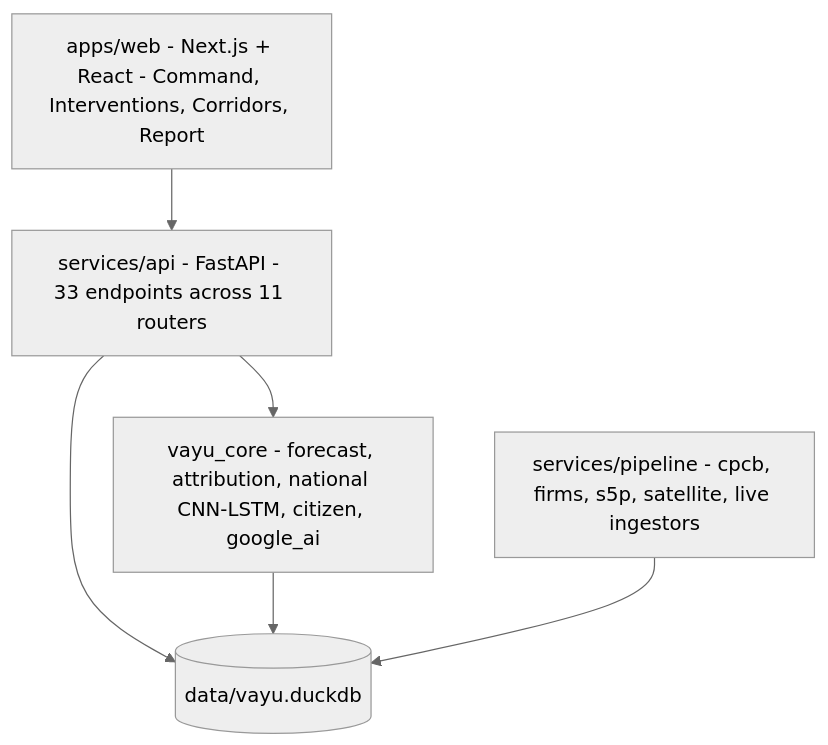
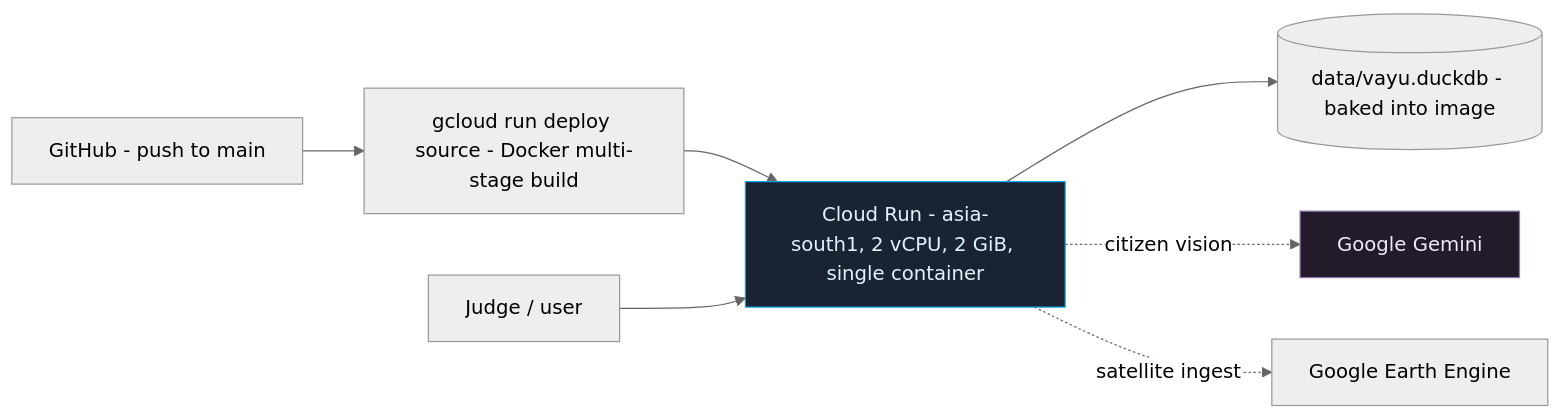
One commit to adarshcod30/Vayu changed the fifth of 5 diagrams in README.md. Above: the diagram before and after it, drawn with Mermaid (neutral theme). The commit also changed other lines of this file, not shown here.

````diff
--- a/README.md
+++ b/README.md
@@ -180,14 +913,12 @@
 ```mermaid
-flowchart TB
-    WEB["apps/web - Next.js + React - Command, Interventions, Corridors, Report"]
-    ROUTERS["services/api - FastAPI - 33 endpoints across 11 routers"]
-    SCI["vayu_core - forecast, attribution, national CNN-LSTM, citizen, google_ai"]
-    PIPE["services/pipeline - cpcb, firms, s5p, satellite, live ingestors"]
-    DB[("data/vayu.duckdb")]
+flowchart LR
+    GH["GitHub - push to main"] --> BUILD["gcloud run deploy source - Docker multi-stage build"]
+    BUILD --> CR["Cloud Run - asia-south1, 2 vCPU, 2 GiB, single container"]
+    CR --> DB[("data/vayu.duckdb - baked into image")]
+    U["Judge / user"] --> CR
+    CR -.citizen vision.-> GEMINI["Google Gemini"]
+    CR -.satellite ingest.-> GEE["Google Earth Engine"]
 
-    WEB --> ROUTERS
-    ROUTERS --> SCI
-    ROUTERS --> DB
-    SCI --> DB
-    PIPE --> DB
+    style CR fill:#1a2332,stroke:#0ea5e9,color:#e0f2fe
+    style GEMINI fill:#231a2a,stroke:#8E75B2,color:#f3e8ff
 ```
````
